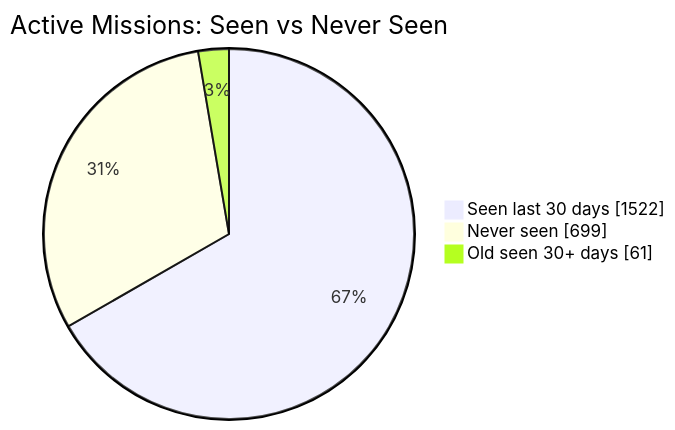
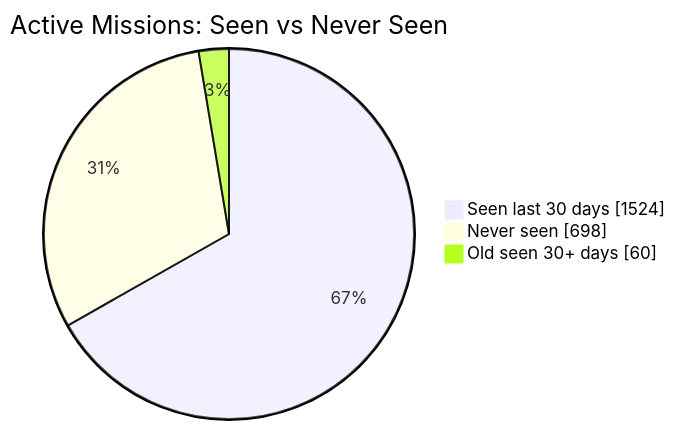
The first of 2 diagrams in README.md (MeldkamerspelGameTeam/active-missions), drawn with Mermaid before and after one commit. The commit also changed other lines of this file and 8 other files, not shown here.

````diff
--- a/README.md
+++ b/README.md
@@ -34,7 +34,7 @@
 ```mermaid
 pie showData
     title Active Missions: Seen vs Never Seen
-    "Seen last 30 days" : 1522
-    "Never seen" : 699
-    "Old seen 30+ days" : 61
+    "Seen last 30 days" : 1524
+    "Never seen" : 698
+    "Old seen 30+ days" : 60
 ```
````
